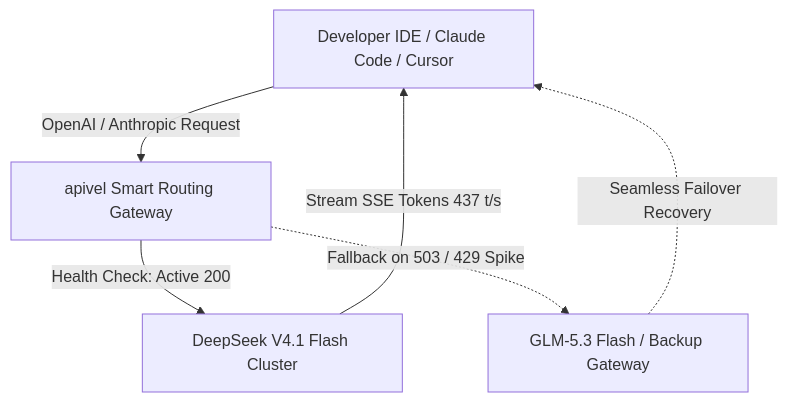
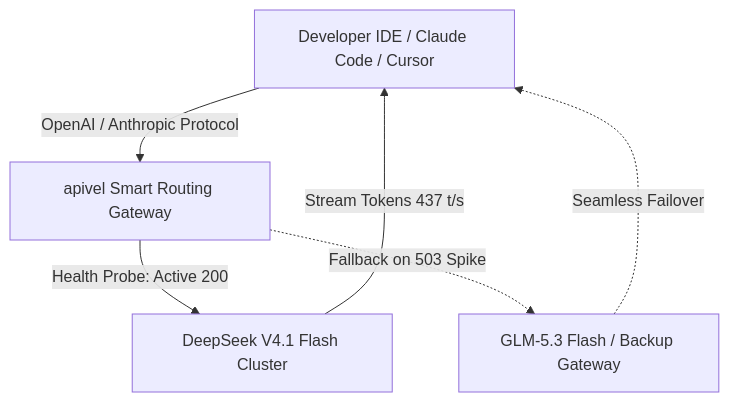
Before and after one commit to bshx2024/apivel_blog: the diagram in src/content/blog/deepseek-v4-1-flash-1017-api-setup.md, drawn with Mermaid. The commit also changed other lines of this file and 2 other files, not shown here.

````diff
--- a/src/content/blog/deepseek-v4-1-flash-1017-api-setup.md
+++ b/src/content/blog/deepseek-v4-1-flash-1017-api-setup.md
@@ -147,8 +116,8 @@
 ```mermaid
 graph TD
-    Client[Developer IDE / Claude Code / Cursor] -->|OpenAI / Anthropic Request| Router[apivel Smart Routing Gateway]
-    Router -->|Health Check: Active 200| ClusterA[DeepSeek V4.1 Flash Cluster]
-    Router -.->|Fallback on 503 / 429 Spike| ClusterB[GLM-5.3 Flash / Backup Gateway]
-    ClusterA -->|Stream SSE Tokens 437 t/s| Client
-    ClusterB -.->|Seamless Failover Recovery| Client
+    Client[Developer IDE / Claude Code / Cursor] -->|OpenAI / Anthropic Protocol| Router[apivel Smart Routing Gateway]
+    Router -->|Health Probe: Active 200| ClusterA[DeepSeek V4.1 Flash Cluster]
+    Router -.->|Fallback on 503 Spike| ClusterB[GLM-5.3 Flash / Backup Gateway]
+    ClusterA -->|Stream Tokens 437 t/s| Client
+    ClusterB -.->|Seamless Failover| Client
 ```
````
